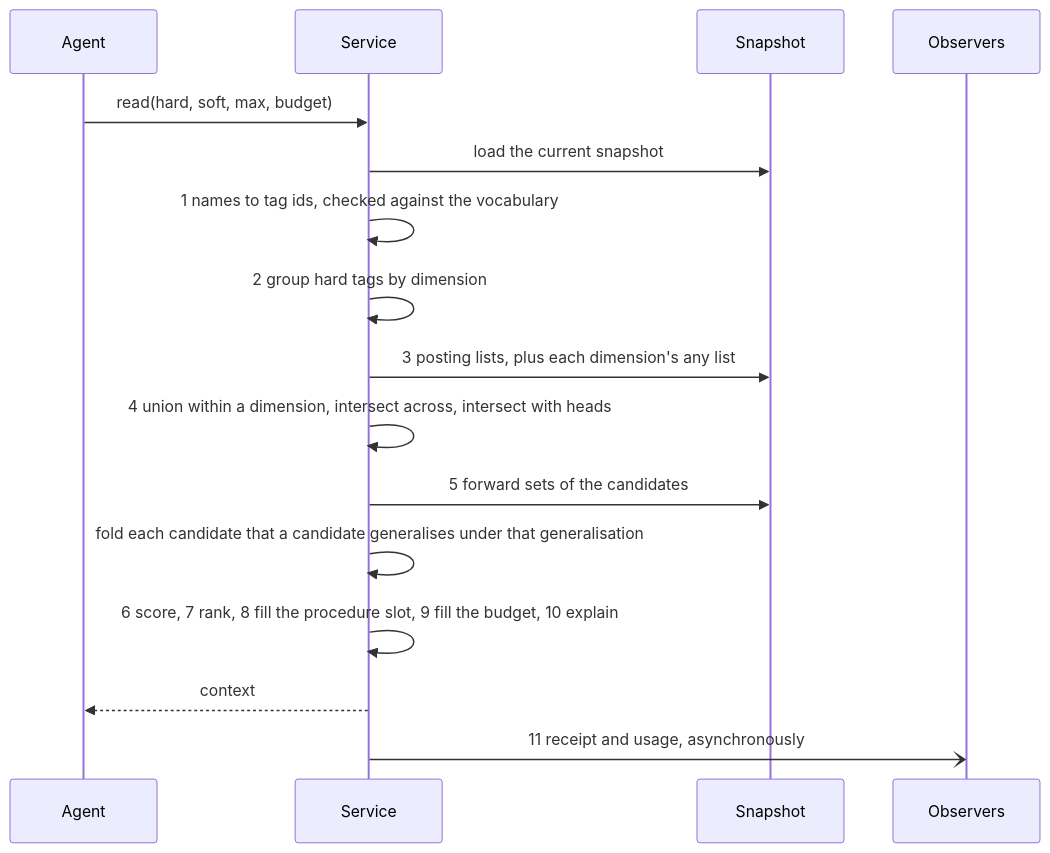
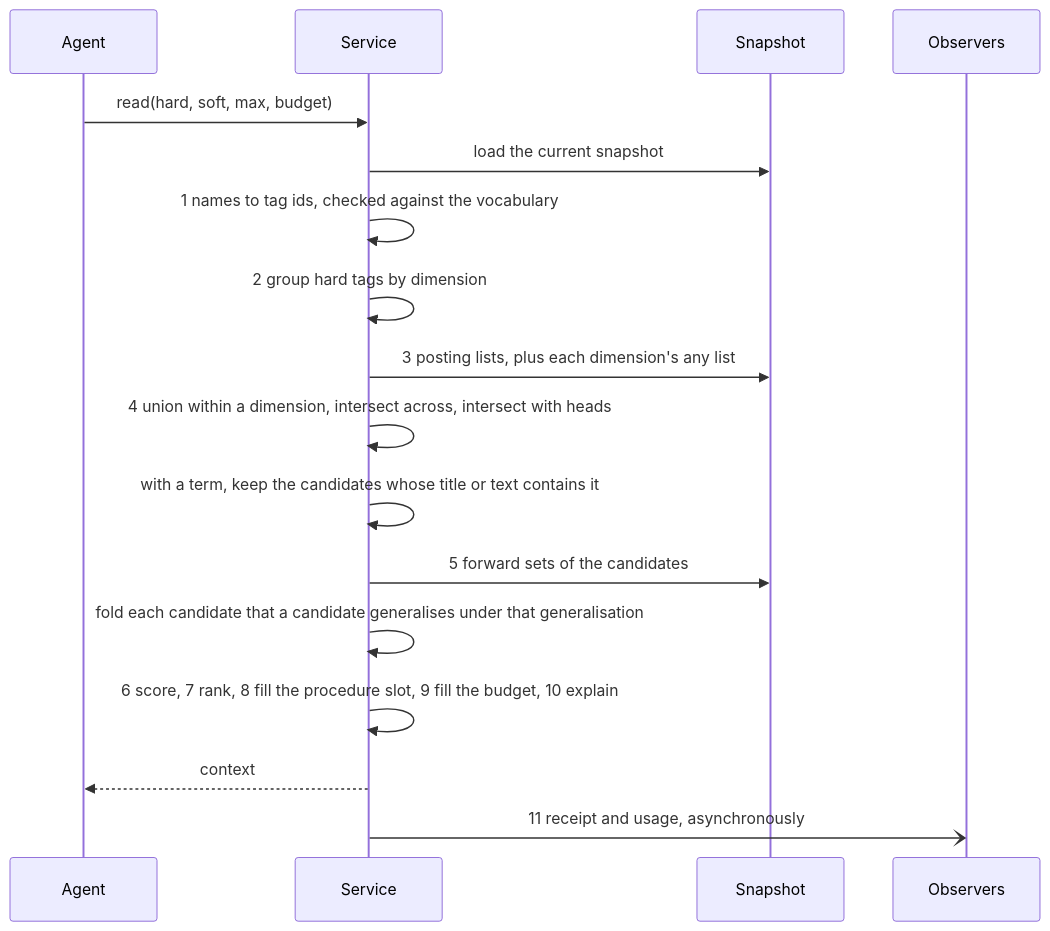
Before and after one commit to Debith/pygim: the third of 4 diagrams in docs/design/memory/04_index_and_retrieval.md, drawn with Mermaid. The commit also changed other lines of this file and 18 other files, not shown here.

````diff
--- a/docs/design/memory/04_index_and_retrieval.md
+++ b/docs/design/memory/04_index_and_retrieval.md
@@ -136,18 +136,19 @@
 ```mermaid
 sequenceDiagram
     participant A as Agent
     participant S as Service
     participant X as Snapshot
     participant O as Observers
     A->>S: read(hard, soft, max, budget)
     S->>X: load the current snapshot
     S->>S: 1 names to tag ids, checked against the vocabulary
     S->>S: 2 group hard tags by dimension
     S->>X: 3 posting lists, plus each dimension's any list
     S->>S: 4 union within a dimension, intersect across, intersect with heads
+    S->>S: with a term, keep the candidates whose title or text contains it
     S->>X: 5 forward sets of the candidates
     S->>S: fold each candidate that a candidate generalises under that generalisation
     S->>S: 6 score, 7 rank, 8 fill the procedure slot, 9 fill the budget, 10 explain
     S-->>A: context
     S-)O: 11 receipt and usage, asynchronously
 ```
````
